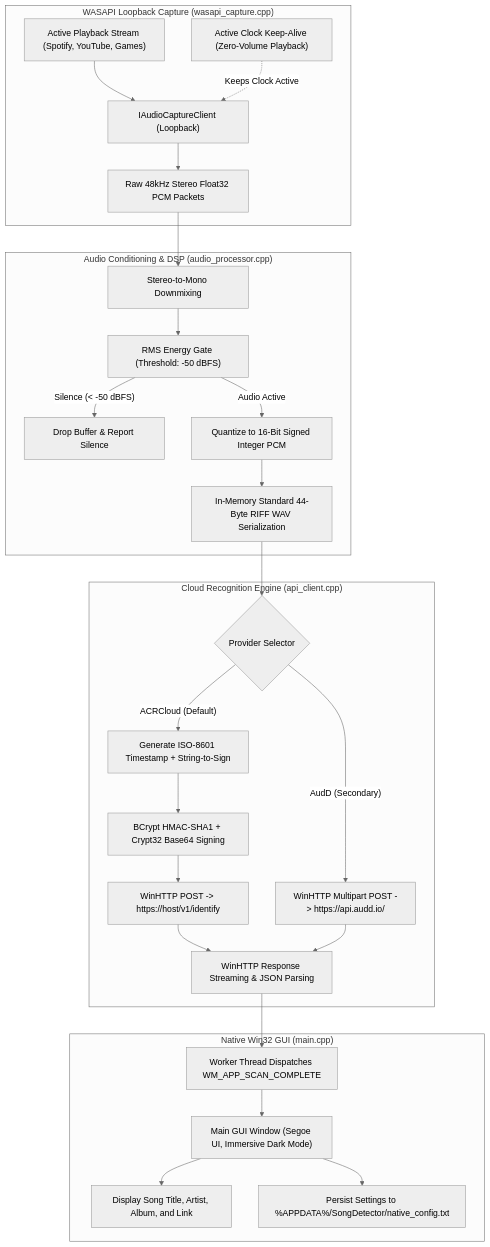
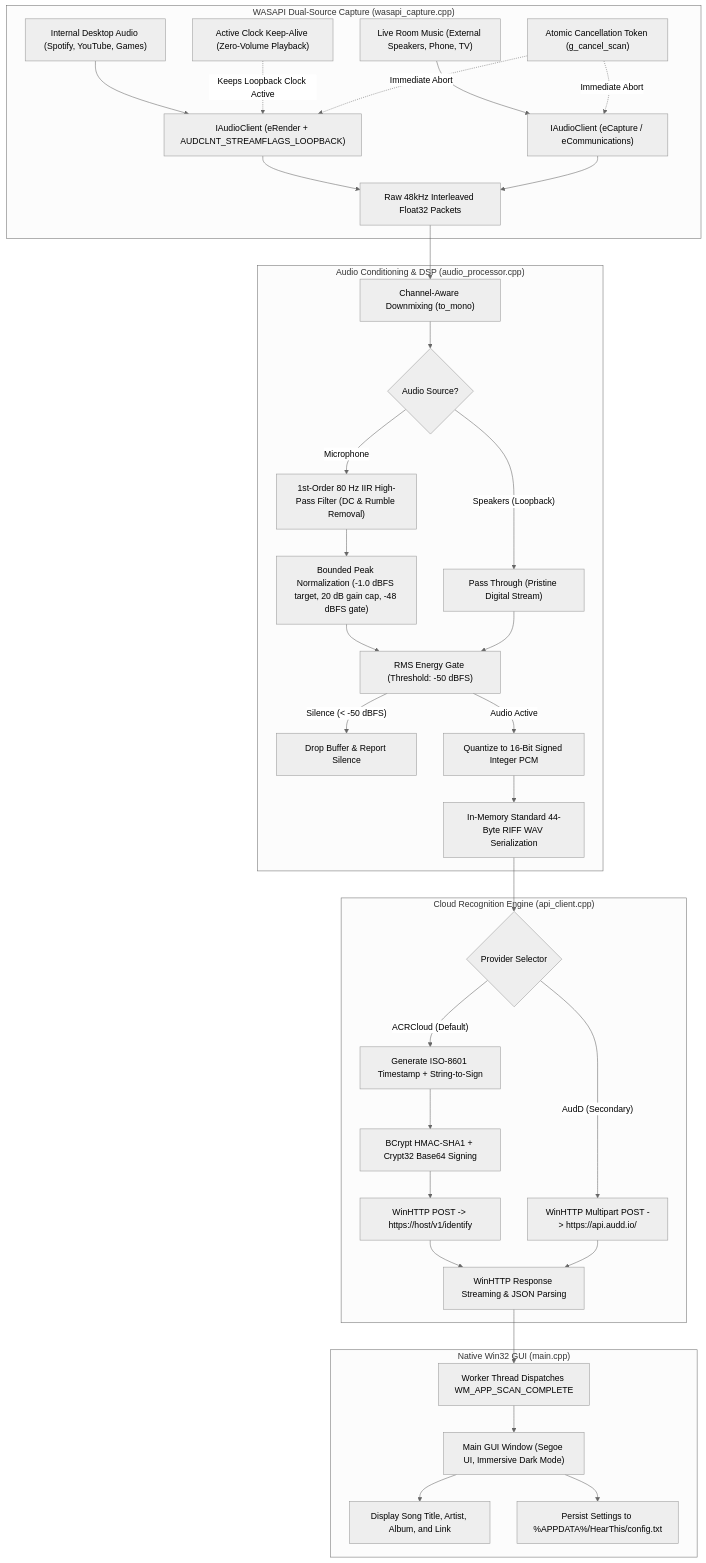
One commit to Deepesh70/song-detector changed the diagram in docs/architecture.md. Above: the diagram before and after it, drawn with Mermaid (neutral theme). The commit also changed other lines of this file and 12 other files, not shown here.

Commit message:
feat: add WASAPI audio capture engine, audio processor, tests, and documentation

````diff
--- a/docs/architecture.md
+++ b/docs/architecture.md
@@ -9,33 +9,42 @@
 ```mermaid
 flowchart TD
-    subgraph CaptureEngine ["WASAPI Loopback Capture (wasapi_capture.cpp)"]
-        A["Active Playback Stream (Spotify, YouTube, Games)"] --> B["IAudioCaptureClient (Loopback)"]
-        C["Active Clock Keep-Alive (Zero-Volume Playback)"] -. Keeps Clock Active .-> B
-        B --> D["Raw 48kHz Stereo Float32 PCM Packets"]
+    subgraph CaptureEngine ["WASAPI Dual-Source Capture (wasapi_capture.cpp)"]
+        A1["Internal Desktop Audio (Spotify, YouTube, Games)"] --> B1["IAudioClient (eRender + AUDCLNT_STREAMFLAGS_LOOPBACK)"]
+        A2["Live Room Music (External Speakers, Phone, TV)"] --> B2["IAudioClient (eCapture / eCommunications)"]
+        C["Active Clock Keep-Alive (Zero-Volume Playback)"] -. Keeps Loopback Clock Active .-> B1
+        B1 --> D["Raw 48kHz Interleaved Float32 Packets"]
+        B2 --> D
+        E["Atomic Cancellation Token (g_cancel_scan)"] -. Immediate Abort .-> B1
+        E -. Immediate Abort .-> B2
     end
 
     subgraph ProcessingPipeline ["Audio Conditioning & DSP (audio_processor.cpp)"]
-        D --> E["Stereo-to-Mono Downmixing"]
-        E --> F["RMS Energy Gate (Threshold: -50 dBFS)"]
-        F -->|"Silence (< -50 dBFS)"| G["Drop Buffer & Report Silence"]
-        F -->|"Audio Active"| H["Quantize to 16-Bit Signed Integer PCM"]
-        H --> I["In-Memory Standard 44-Byte RIFF WAV Serialization"]
+        D --> F["Channel-Aware Downmixing (to_mono)"]
+        F --> G{"Audio Source?"}
+        G -->|"Microphone"| H["1st-Order 80 Hz IIR High-Pass Filter (DC & Rumble Removal)"]
+        H --> I["Bounded Peak Normalization (-1.0 dBFS target, 20 dB gain cap, -48 dBFS gate)"]
+        G -->|"Speakers (Loopback)"| J["Pass Through (Pristine Digital Stream)"]
+        I --> K["RMS Energy Gate (Threshold: -50 dBFS)"]
+        J --> K
+        K -->|"Silence (< -50 dBFS)"| L["Drop Buffer & Report Silence"]
+        K -->|"Audio Active"| M["Quantize to 16-Bit Signed Integer PCM"]
+        M --> N["In-Memory Standard 44-Byte RIFF WAV Serialization"]
     end
 
     subgraph CloudTransport ["Cloud Recognition Engine (api_client.cpp)"]
-        I --> J{"Provider Selector"}
-        J -->|"ACRCloud (Default)"| K["Generate ISO-8601 Timestamp + String-to-Sign"]
-        K --> L["BCrypt HMAC-SHA1 + Crypt32 Base64 Signing"]
-        L --> M["WinHTTP POST -> https://host/v1/identify"]
-        J -->|"AudD (Secondary)"| N["WinHTTP Multipart POST -> https://api.audd.io/"]
-        M --> O["WinHTTP Response Streaming & JSON Parsing"]
-        N --> O
+        N --> O{"Provider Selector"}
+        O -->|"ACRCloud (Default)"| P["Generate ISO-8601 Timestamp + String-to-Sign"]
+        P --> Q["BCrypt HMAC-SHA1 + Crypt32 Base64 Signing"]
+        Q --> R["WinHTTP POST -> https://host/v1/identify"]
+        O -->|"AudD (Secondary)"| S["WinHTTP Multipart POST -> https://api.audd.io/"]
+        R --> T["WinHTTP Response Streaming & JSON Parsing"]
+        S --> T
     end
 
     subgraph UserInterface ["Native Win32 GUI (main.cpp)"]
-        O --> P["Worker Thread Dispatches WM_APP_SCAN_COMPLETE"]
-        P --> Q["Main GUI Window (Segoe UI, Immersive Dark Mode)"]
-        Q --> R["Display Song Title, Artist, Album, and Link"]
-        Q --> S["Persist Settings to %APPDATA%/SongDetector/native_config.txt"]
+        T --> U["Worker Thread Dispatches WM_APP_SCAN_COMPLETE"]
+        U --> V["Main GUI Window (Segoe UI, Immersive Dark Mode)"]
+        V --> W["Display Song Title, Artist, Album, and Link"]
+        V --> X["Persist Settings to %APPDATA%/HearThis/config.txt"]
     end
 ```
````
